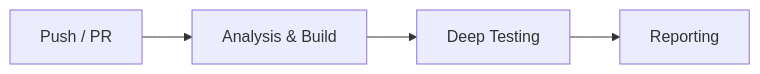
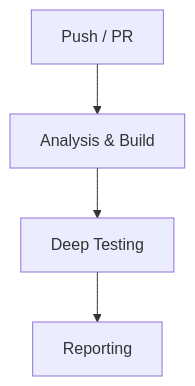
The first of 3 diagrams in README.md (jmrplens/jmrp.io), drawn with Mermaid before and after one commit. The commit also changed other lines of this file, not shown here.

Commit message:
docs: adjust ci diagram orientations and add validation details

````diff
--- a/README.md
+++ b/README.md
@@ -133,6 +133,6 @@
 ```mermaid
-graph LR
+graph TD
     Trigger[Push / PR] --> Phase1[Analysis & Build]
     Phase1 --> Phase2[Deep Testing]
     Phase2 --> Phase3[Reporting]
 ```
````
